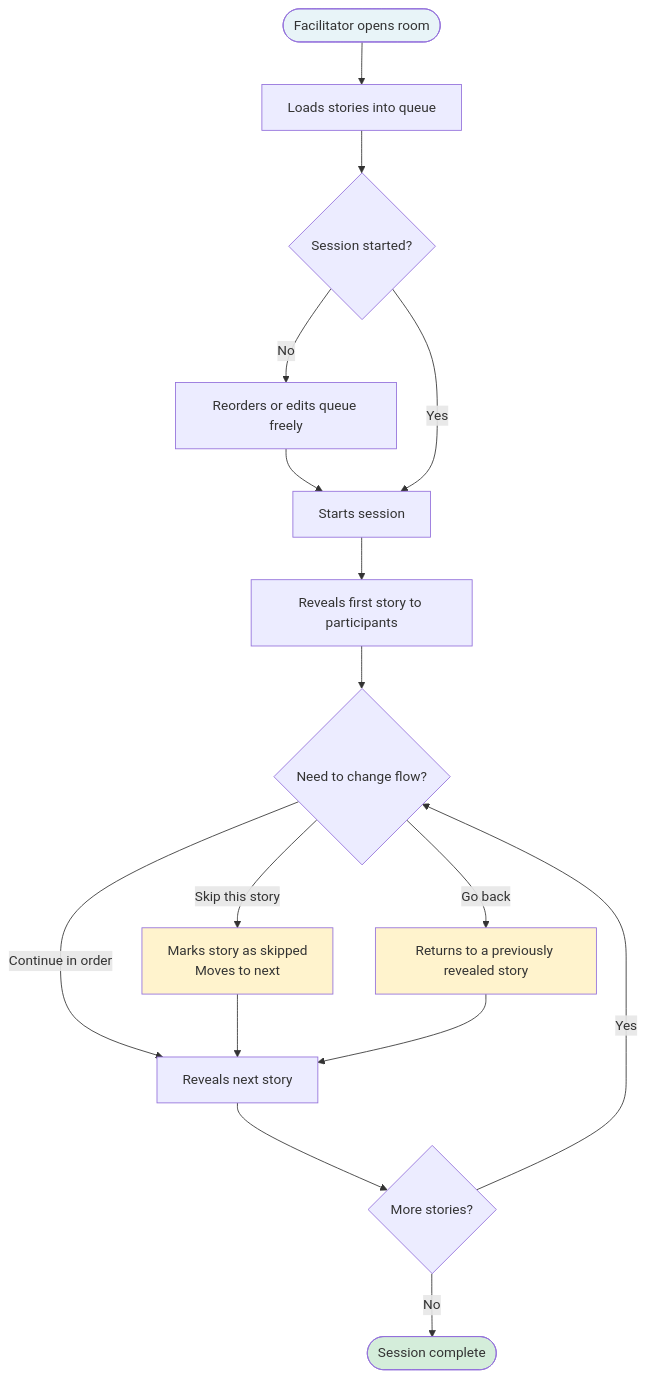
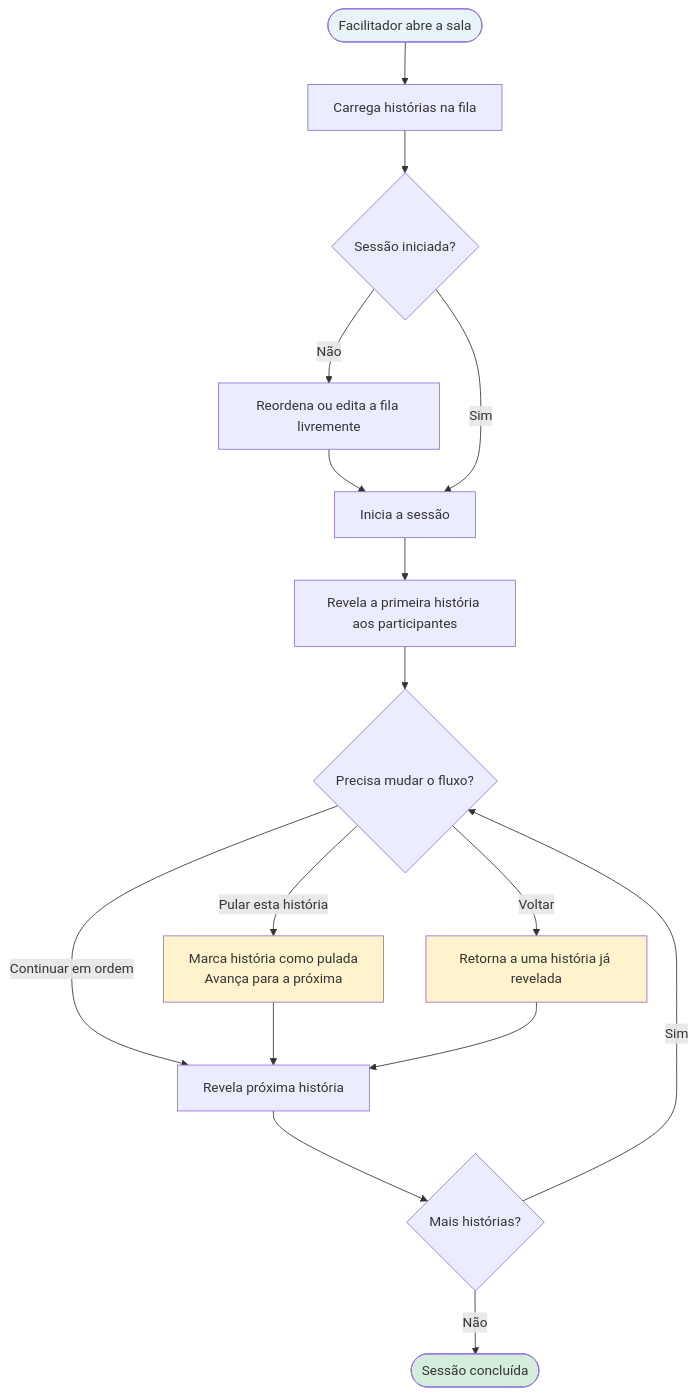
One commit to hugo-hsbtech/teamwork-process changed the second of 5 diagrams in case-poker/06.1-product-backlog-queue-voting.md. Above: the diagram before and after it, drawn with Mermaid. The commit also changed other lines of this file and 64 other files, not shown here.

````diff
--- a/case-poker/06.1-product-backlog-queue-voting.md
+++ b/case-poker/06.1-product-backlog-queue-voting.md
@@ -70,23 +70,23 @@
 ```mermaid
 flowchart TD
-    A([Facilitator opens room]) --> B[Loads stories into queue]
-    B --> C{Session started?}
-    C -- No --> D[Reorders or edits queue freely]
-    D --> E[Starts session]
-    C -- Yes --> E
-    E --> F[Reveals first story to participants]
-    F --> G{Need to change flow?}
-    G -- Skip this story --> H[Marks story as skipped\nMoves to next]
-    G -- Go back --> I[Returns to a previously revealed story]
-    G -- Continue in order --> J[Reveals next story]
+    A([Facilitador abre a sala]) --> B[Carrega histórias na fila]
+    B --> C{Sessão iniciada?}
+    C -- Não --> D[Reordena ou edita a fila livremente]
+    D --> E[Inicia a sessão]
+    C -- Sim --> E
+    E --> F[Revela a primeira história aos participantes]
+    F --> G{Precisa mudar o fluxo?}
+    G -- Pular esta história --> H[Marca história como pulada\nAvança para a próxima]
+    G -- Voltar --> I[Retorna a uma história já revelada]
+    G -- Continuar em ordem --> J[Revela próxima história]
     H --> J
     I --> J
-    J --> K{More stories?}
-    K -- Yes --> G
-    K -- No --> L([Session complete])
+    J --> K{Mais histórias?}
+    K -- Sim --> G
+    K -- Não --> L([Sessão concluída])
 
     style A fill:#e8f4f8
     style L fill:#d4edda
     style H fill:#fff3cd
     style I fill:#fff3cd
 ```
````
